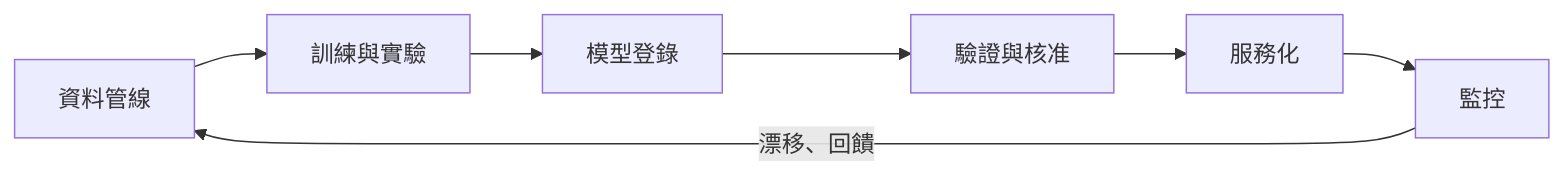
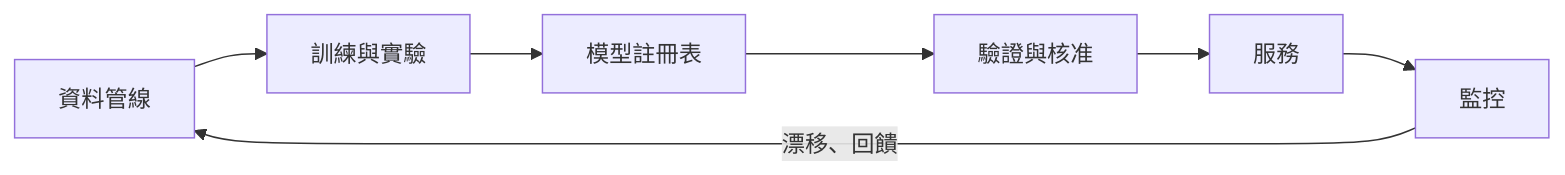
One commit to zi-yue-1129/ai-wiki changed the diagram in docs/engineering/mlops/index.zh-TW.md. Above: the diagram before and after it, drawn with Mermaid. The commit also changed other lines of this file and 1 other file, not shown here.

````diff
--- a/docs/engineering/mlops/index.zh-TW.md
+++ b/docs/engineering/mlops/index.zh-TW.md
@@ -7,9 +33,9 @@
 ```mermaid
 flowchart LR
   D[資料管線] --> T[訓練與實驗]
-  T --> R[模型登錄]
+  T --> R[模型註冊表]
   R --> V[驗證與核准]
-  V --> S[服務化]
+  V --> S[服務]
   S --> M[監控]
   M -->|漂移、回饋| D
 ```
````
